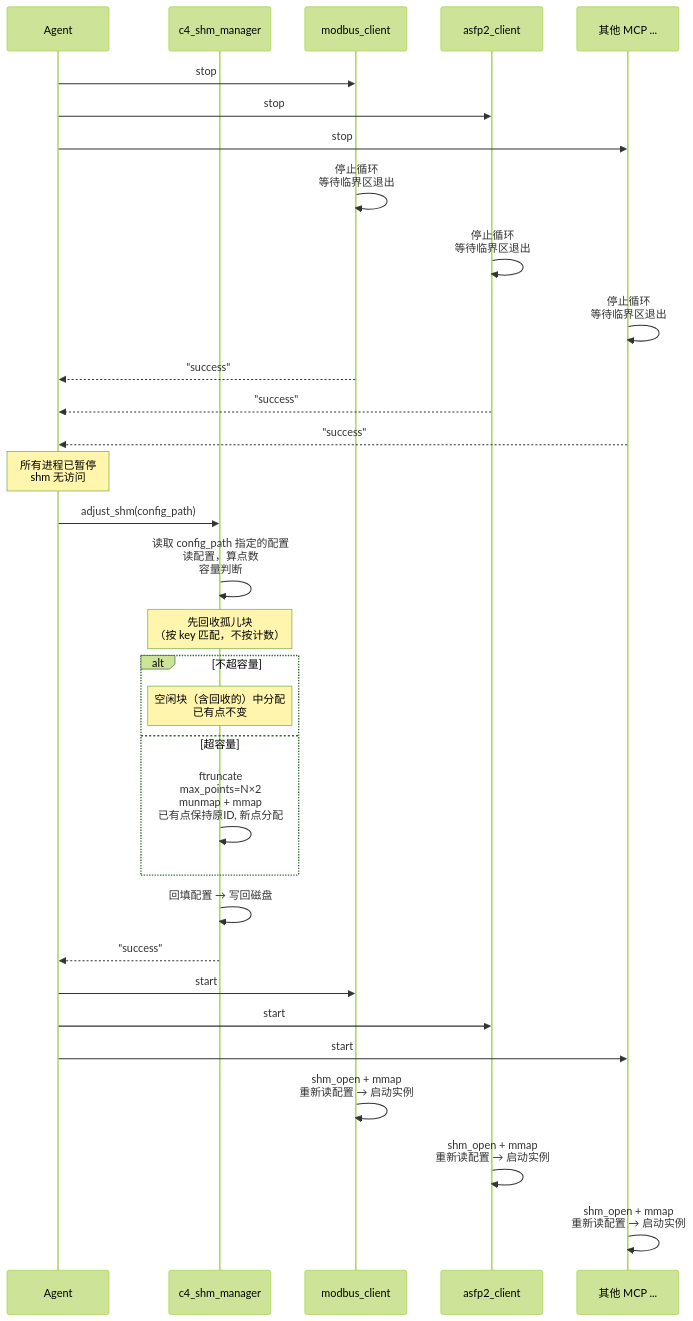
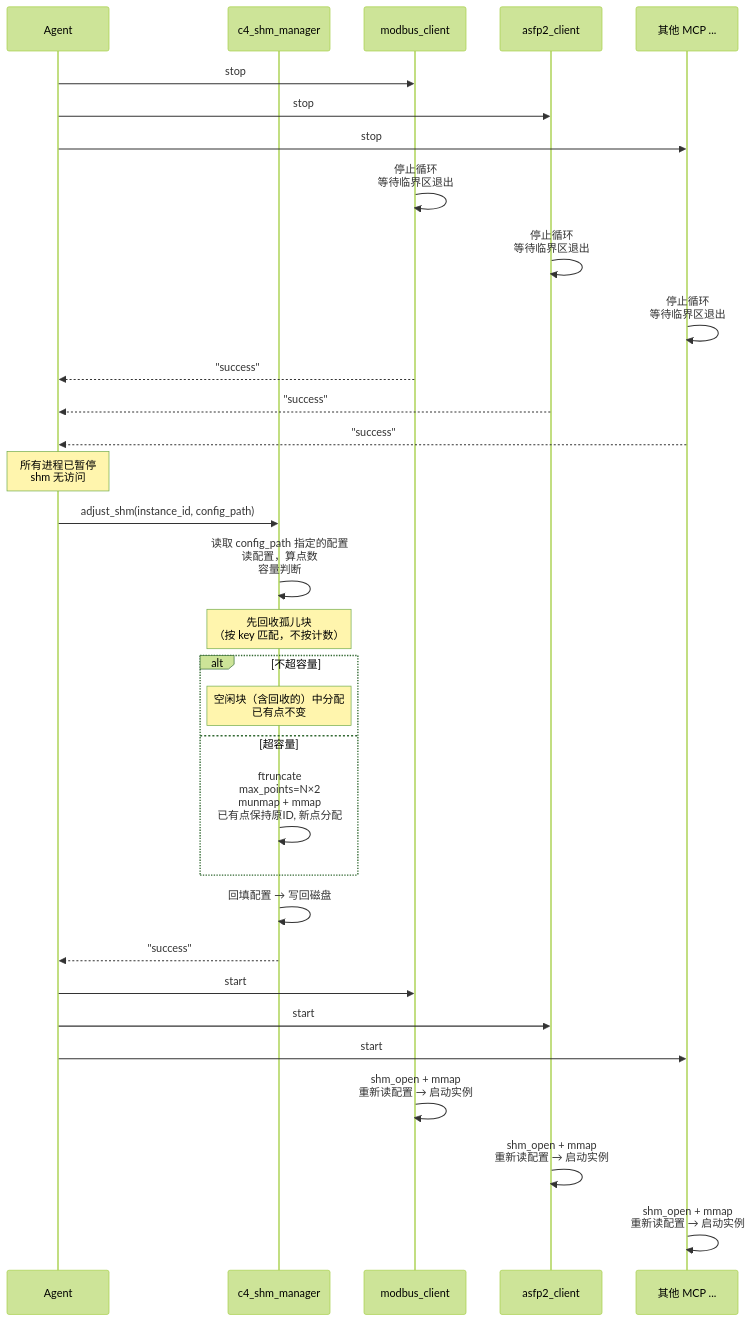
Before and after one commit to activesys/c4: the second of 9 diagrams in docs/design/c4_shm_manager.md, drawn with Mermaid (forest theme). The commit also changed other lines of this file and 5 other files, not shown here.

````diff
--- a/docs/design/c4_shm_manager.md
+++ b/docs/design/c4_shm_manager.md
@@ -126,38 +126,38 @@
 ```mermaid
 sequenceDiagram
     participant A as Agent
     participant S as c4_shm_manager
     participant M1 as modbus_client
     participant M2 as asfp2_client
     participant M3 as 其他 MCP ...
 
     A->>M1: stop
     A->>M2: stop
     A->>M3: stop
     M1->>M1: 停止循环<br/>等待临界区退出
     M2->>M2: 停止循环<br/>等待临界区退出
     M3->>M3: 停止循环<br/>等待临界区退出
     M1-->>A: "success"
     M2-->>A: "success"
     M3-->>A: "success"
 
     Note over A: 所有进程已暂停<br/>shm 无访问
 
-    A->>S: adjust_shm(config_path)
+    A->>S: adjust_shm(instance_id, config_path)
     S->>S: 读取 config_path 指定的配置<br/>读配置，算点数<br/>容量判断
     Note over S: 先回收孤儿块<br/>（按 key 匹配，不按计数）
     alt 不超容量
         Note over S: 空闲块（含回收的）中分配<br/>已有点不变
     else 超容量
         S->>S: ftruncate<br/>max_points=N×2<br/>munmap + mmap<br/>已有点保持原ID, 新点分配
     end
     S->>S: 回填配置 → 写回磁盘
     S-->>A: "success"
 
     A->>M1: start
     A->>M2: start
     A->>M3: start
     M1->>M1: shm_open + mmap<br/>重新读配置 → 启动实例
     M2->>M2: shm_open + mmap<br/>重新读配置 → 启动实例
     M3->>M3: shm_open + mmap<br/>重新读配置 → 启动实例
 ```
````
